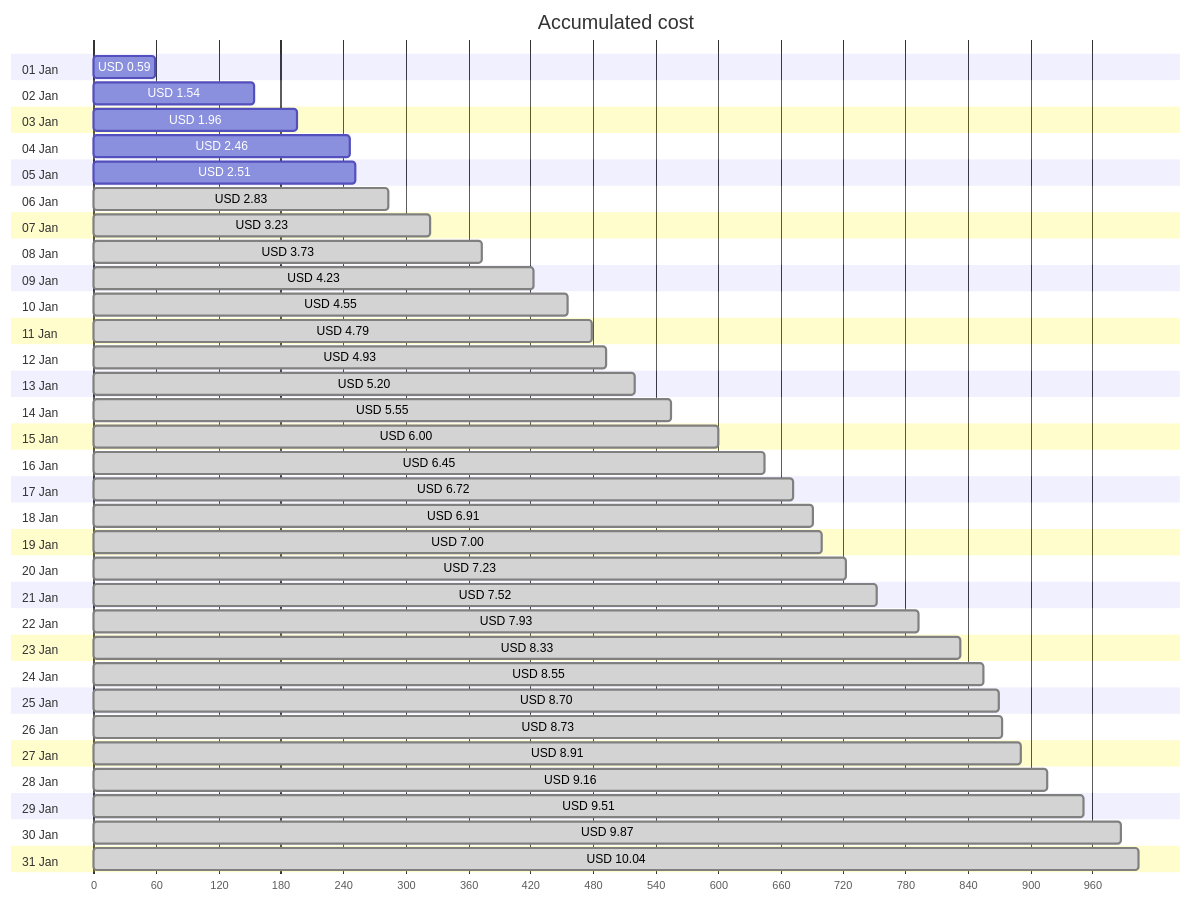
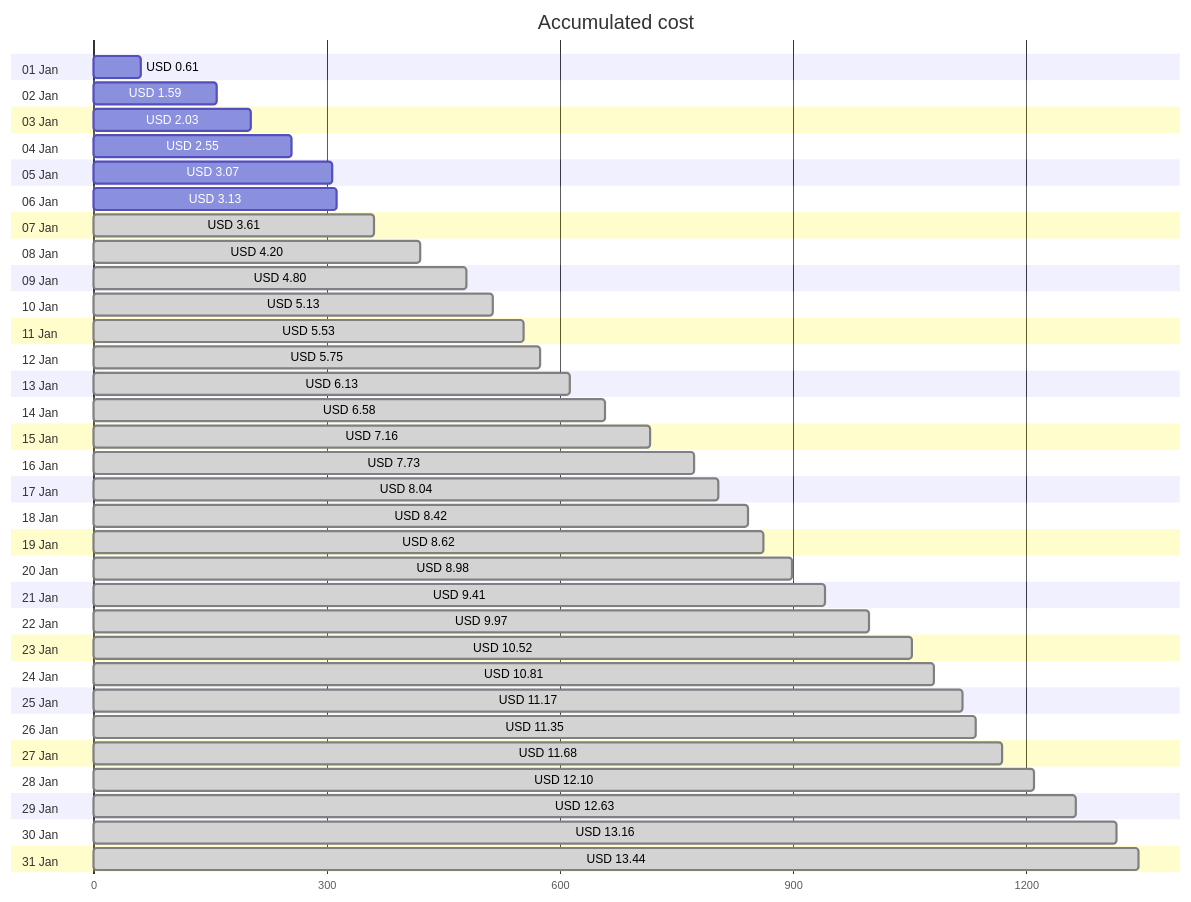
Before and after one commit to jpfulton/azure-personal-reports: the first of 4 diagrams in cost-reports/personal-network/vpn-server.md, drawn with Mermaid. The commit also changed other lines of this file and 8 other files, not shown here.

````diff
--- a/cost-reports/personal-network/vpn-server.md
+++ b/cost-reports/personal-network/vpn-server.md
@@ -20,68 +20,68 @@
 ```mermaid
 gantt
    title Accumulated cost
    dateFormat  X
    axisFormat %s
    section 01 Jan
-   USD 0.59 :0, 59
+   USD 0.61 :0, 61
    section 02 Jan
-   USD 1.54 :0, 154
+   USD 1.59 :0, 159
    section 03 Jan
-   USD 1.96 :0, 196
+   USD 2.03 :0, 203
    section 04 Jan
-   USD 2.46 :0, 246
+   USD 2.55 :0, 255
    section 05 Jan
-   USD 2.51 :0, 251
+   USD 3.07 :0, 307
    section 06 Jan
-   USD 2.83 : done, 0, 283
+   USD 3.13 :0, 313
    section 07 Jan
-   USD 3.23 : done, 0, 323
+   USD 3.61 : done, 0, 361
    section 08 Jan
-   USD 3.73 : done, 0, 373
+   USD 4.20 : done, 0, 420
    section 09 Jan
-   USD 4.23 : done, 0, 423
+   USD 4.80 : done, 0, 480
    section 10 Jan
-   USD 4.55 : done, 0, 455
+   USD 5.13 : done, 0, 513
    section 11 Jan
-   USD 4.79 : done, 0, 479
+   USD 5.53 : done, 0, 553
    section 12 Jan
-   USD 4.93 : done, 0, 493
+   USD 5.75 : done, 0, 575
    section 13 Jan
-   USD 5.20 : done, 0, 520
+   USD 6.13 : done, 0, 613
    section 14 Jan
-   USD 5.55 : done, 0, 555
+   USD 6.58 : done, 0, 658
    section 15 Jan
-   USD 6.00 : done, 0, 600
+   USD 7.16 : done, 0, 716
    section 16 Jan
-   USD 6.45 : done, 0, 645
+   USD 7.73 : done, 0, 773
    section 17 Jan
-   USD 6.72 : done, 0, 672
+   USD 8.04 : done, 0, 804
    section 18 Jan
-   USD 6.91 : done, 0, 691
+   USD 8.42 : done, 0, 842
    section 19 Jan
-   USD 7.00 : done, 0, 700
+   USD 8.62 : done, 0, 862
    section 20 Jan
-   USD 7.23 : done, 0, 723
+   USD 8.98 : done, 0, 898
    section 21 Jan
-   USD 7.52 : done, 0, 752
+   USD 9.41 : done, 0, 941
    section 22 Jan
-   USD 7.93 : done, 0, 793
+   USD 9.97 : done, 0, 997
    section 23 Jan
-   USD 8.33 : done, 0, 833
+   USD 10.52 : done, 0, 1052
    section 24 Jan
-   USD 8.55 : done, 0, 855
+   USD 10.81 : done, 0, 1081
    section 25 Jan
-   USD 8.70 : done, 0, 870
+   USD 11.17 : done, 0, 1117
    section 26 Jan
-   USD 8.73 : done, 0, 873
+   USD 11.35 : done, 0, 1135
    section 27 Jan
-   USD 8.91 : done, 0, 891
+   USD 11.68 : done, 0, 1168
    section 28 Jan
-   USD 9.16 : done, 0, 916
+   USD 12.10 : done, 0, 1210
    section 29 Jan
-   USD 9.51 : done, 0, 951
+   USD 12.63 : done, 0, 1263
    section 30 Jan
-   USD 9.87 : done, 0, 987
+   USD 13.16 : done, 0, 1316
    section 31 Jan
-   USD 10.04 : done, 0, 1004
+   USD 13.44 : done, 0, 1344
 ```
````
